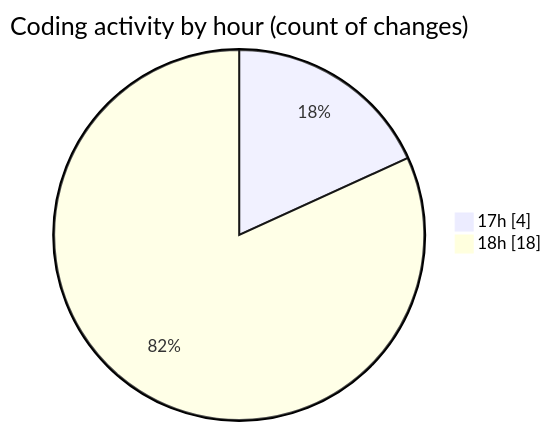
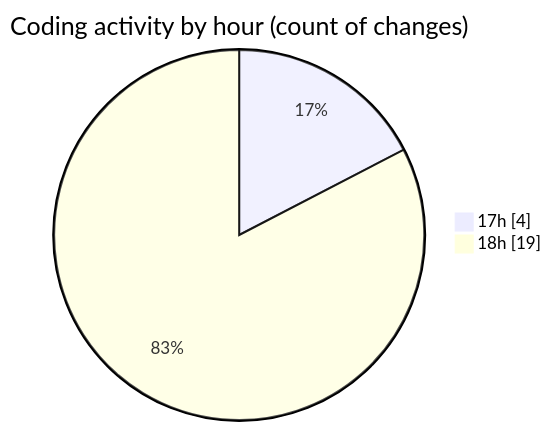
The second of 2 diagrams in 2025-03-18/myws__workspace_/README.md (MatusMokan/code-tracking), drawn with Mermaid before and after one commit. The commit also changed other lines of this file and 1 other file, not shown here.

````diff
--- a/2025-03-18/myws__workspace_/README.md
+++ b/2025-03-18/myws__workspace_/README.md
@@ -30,6 +30,6 @@
 ```mermaid
 pie showData
 title Coding activity by hour (count of changes)
 "17h" : 4
-"18h" : 18
+"18h" : 19
 ```
````
